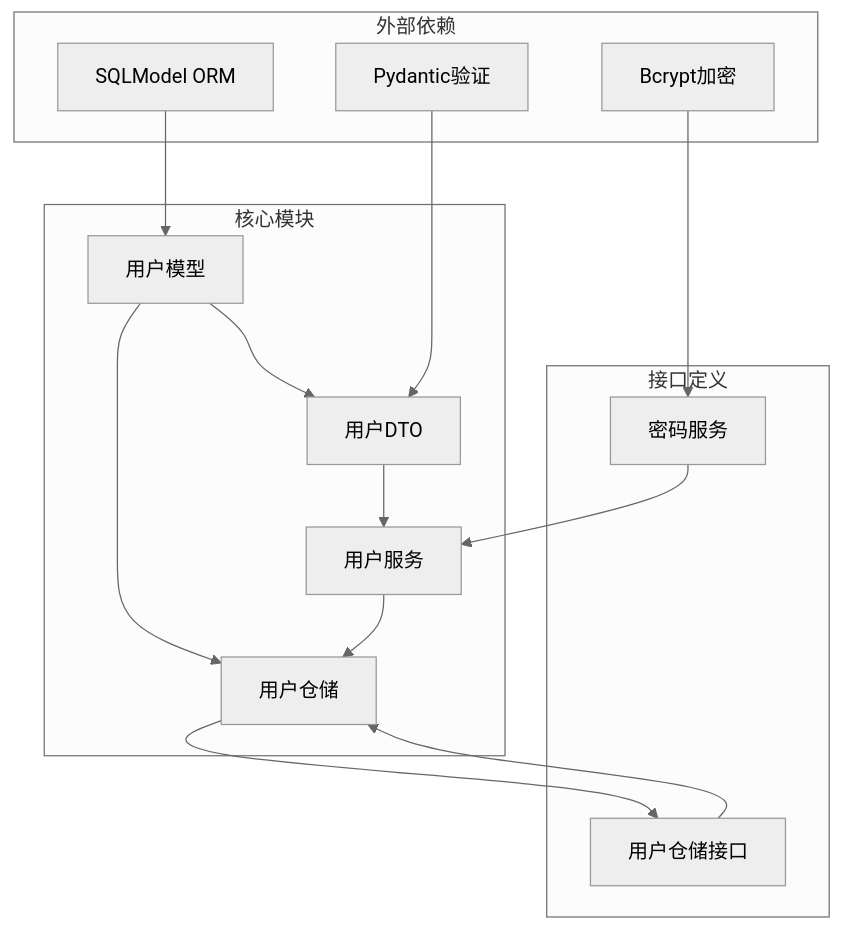
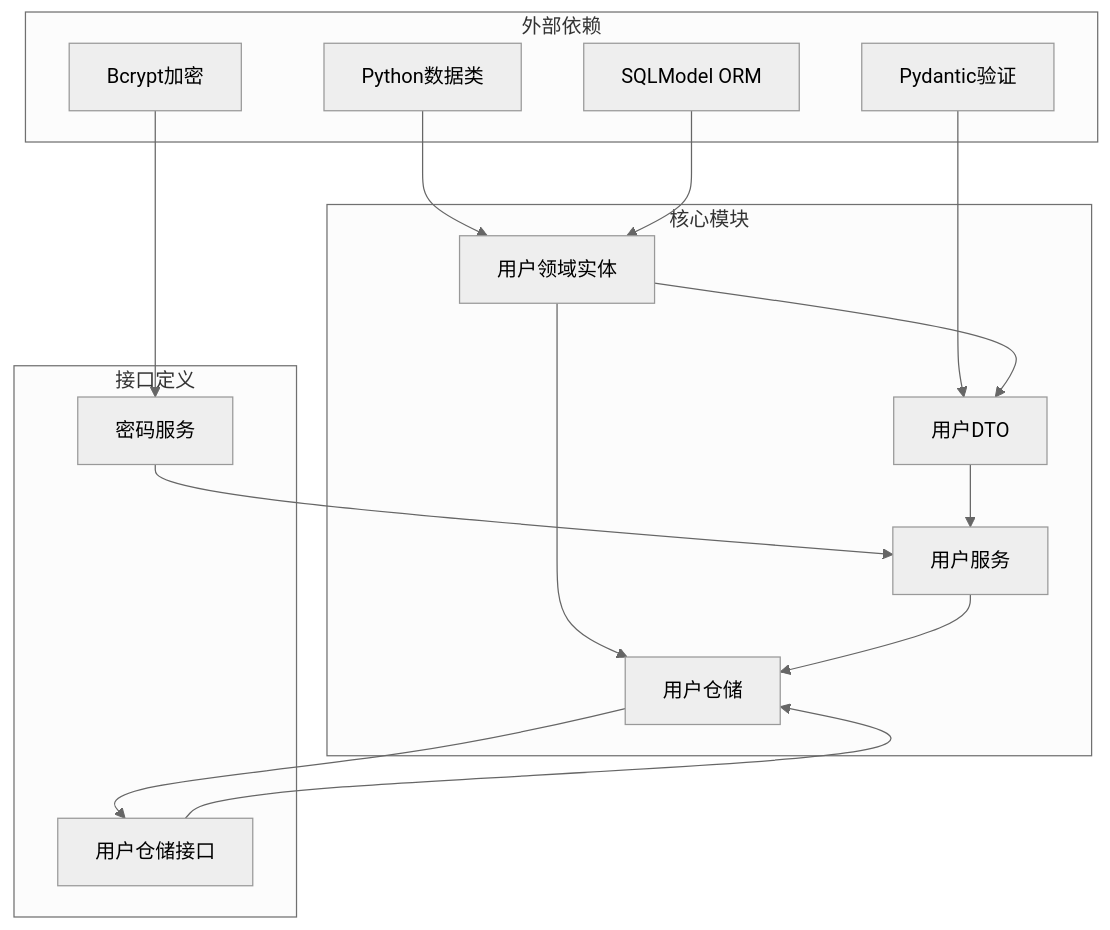
One commit to taoweidong/Hello-FastApi changed the sixth of 6 diagrams in .qoder/repowiki/zh/content/用户管理系统/用户模型设计.md. Above: the diagram before and after it, drawn with Mermaid (neutral theme). The commit also changed other lines of this file and 18 other files, not shown here.

````diff
--- a/.qoder/repowiki/zh/content/用户管理系统/用户模型设计.md
+++ b/.qoder/repowiki/zh/content/用户管理系统/用户模型设计.md
@@ -439,28 +503,30 @@
 ```mermaid
 graph TD
 subgraph "外部依赖"
 SQLModel[SQLModel ORM]
 Pydantic[Pydantic验证]
 Bcrypt[Bcrypt加密]
+Dataclasses[Python数据类]
 end
 subgraph "核心模块"
-UserModels[用户模型]
+UserEntities[用户领域实体]
 UserDTO[用户DTO]
 UserService[用户服务]
 UserRepo[用户仓储]
 end
 subgraph "接口定义"
 UserRepoInterface[用户仓储接口]
 PasswordService[密码服务]
 end
-SQLModel --> UserModels
+Dataclasses --> UserEntities
+SQLModel --> UserEntities
 Pydantic --> UserDTO
 Bcrypt --> PasswordService
-UserModels --> UserRepo
+UserEntities --> UserRepo
 UserDTO --> UserService
 UserRepoInterface --> UserRepo
 PasswordService --> UserService
 UserRepo --> UserRepoInterface
 UserService --> UserRepo
-UserModels --> UserDTO
+UserEntities --> UserDTO
 ```
````
